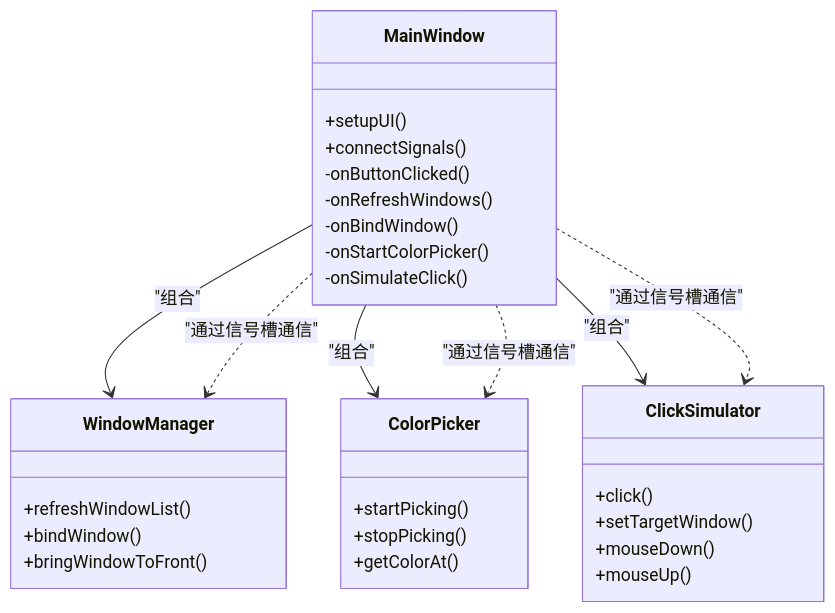
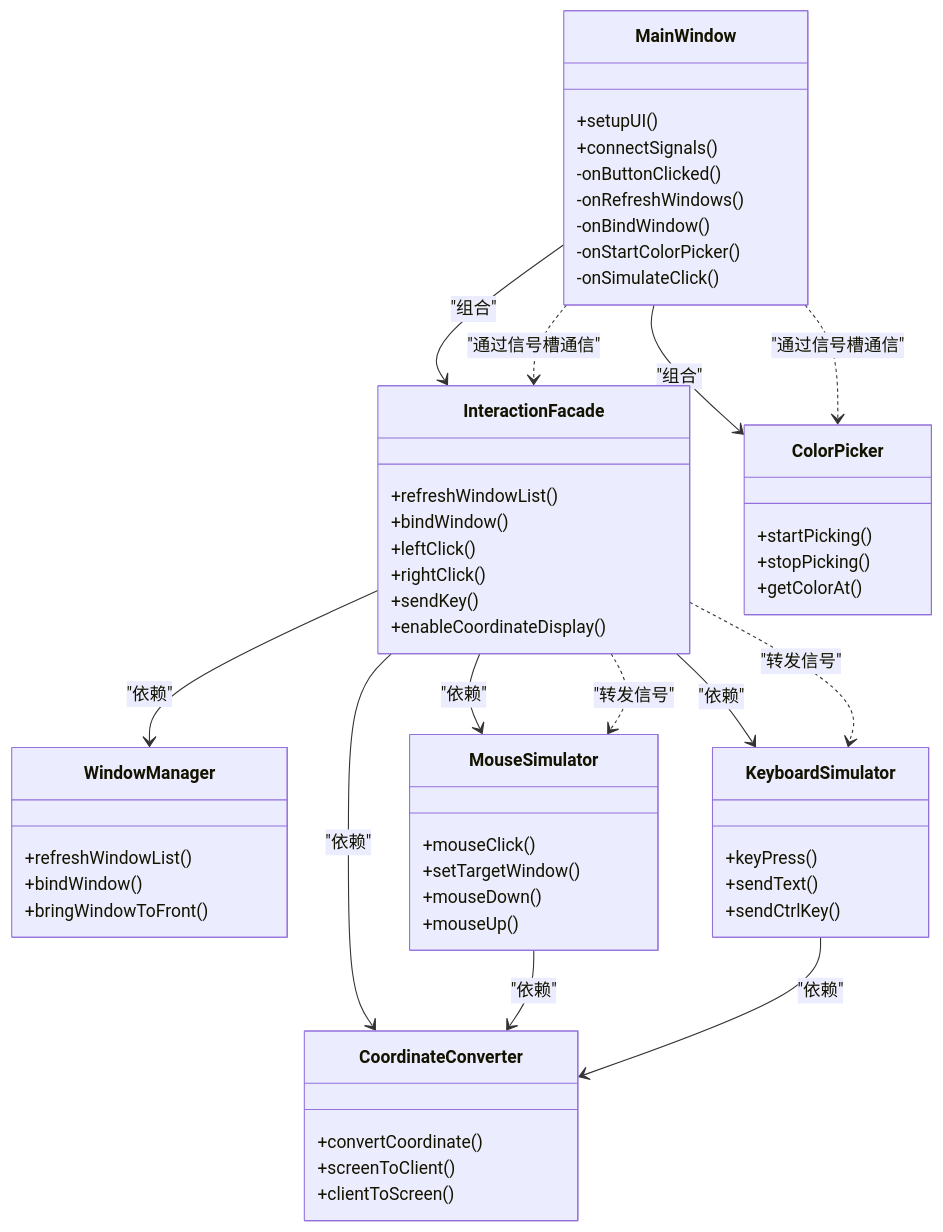
The second of 4 diagrams in .qoder/repowiki/zh/content/技术架构详解/技术架构详解.md (KokoiRin/qoder4ymjh), drawn with Mermaid before and after one commit. The commit also changed other lines of this file and 23 other files, not shown here.

````diff
--- a/.qoder/repowiki/zh/content/技术架构详解/技术架构详解.md
+++ b/.qoder/repowiki/zh/content/技术架构详解/技术架构详解.md
@@ -68,34 +93,58 @@
 ```mermaid
 classDiagram
 class MainWindow {
 +setupUI()
 +connectSignals()
 -onButtonClicked()
 -onRefreshWindows()
 -onBindWindow()
 -onStartColorPicker()
 -onSimulateClick()
 }
+class InteractionFacade {
++refreshWindowList()
++bindWindow()
++leftClick()
++rightClick()
++sendKey()
++enableCoordinateDisplay()
+}
 class WindowManager {
 +refreshWindowList()
 +bindWindow()
 +bringWindowToFront()
 }
 class ColorPicker {
 +startPicking()
 +stopPicking()
 +getColorAt()
 }
-class ClickSimulator {
-+click()
+class MouseSimulator {
++mouseClick()
 +setTargetWindow()
 +mouseDown()
 +mouseUp()
 }
-MainWindow --> WindowManager : "组合"
+class KeyboardSimulator {
++keyPress()
++sendText()
++sendCtrlKey()
+}
+class CoordinateConverter {
++convertCoordinate()
++screenToClient()
++clientToScreen()
+}
+MainWindow --> InteractionFacade : "组合"
 MainWindow --> ColorPicker : "组合"
-MainWindow --> ClickSimulator : "组合"
-MainWindow ..> WindowManager : "通过信号槽通信"
+InteractionFacade --> WindowManager : "依赖"
+InteractionFacade --> MouseSimulator : "依赖"
+InteractionFacade --> KeyboardSimulator : "依赖"
+InteractionFacade --> CoordinateConverter : "依赖"
+MouseSimulator --> CoordinateConverter : "依赖"
+KeyboardSimulator --> CoordinateConverter : "依赖"
+MainWindow ..> InteractionFacade : "通过信号槽通信"
 MainWindow ..> ColorPicker : "通过信号槽通信"
-MainWindow ..> ClickSimulator : "通过信号槽通信"
+InteractionFacade ..> MouseSimulator : "转发信号"
+InteractionFacade ..> KeyboardSimulator : "转发信号"
 ```
````
